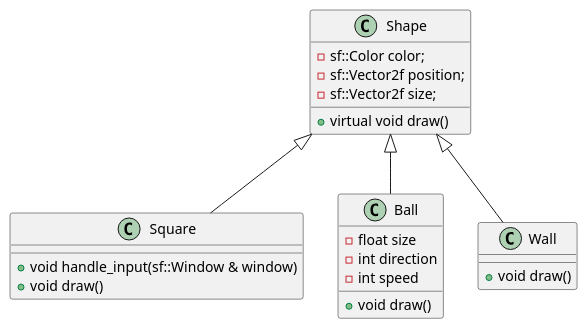
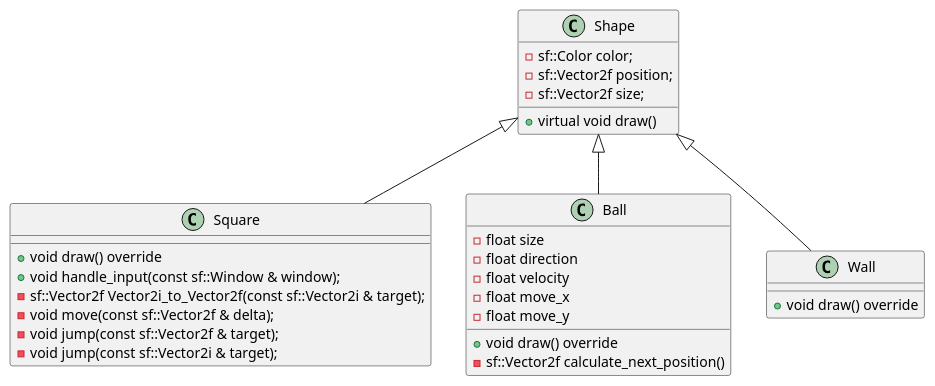
Before and after one commit to ramonvermeulen/cplusplus: the diagram in week1/diagram.plantuml, drawn with PlantUML. The commit also changed 10 other files, not shown here.

```diff
--- a/week1/diagram.plantuml
+++ b/week1/diagram.plantuml
@@ -1,30 +1,37 @@
-@startuml
+@startuml walls_and_bouncing
 
 class Shape {
   - sf::Color color;
   - sf::Vector2f position;
   - sf::Vector2f size;
   + virtual void draw()
 }
 
 class Square {
-  + void handle_input(sf::Window & window)
-  + void draw()
+  + void draw() override
+  + void handle_input(const sf::Window & window);
+  - sf::Vector2f Vector2i_to_Vector2f(const sf::Vector2i & target);
+  - void move(const sf::Vector2f & delta);
+  - void jump(const sf::Vector2f & target);
+  - void jump(const sf::Vector2i & target);
 }
 
 class Ball {
   - float size
-  - int direction
-  - int speed
-  + void draw()
+  - float direction
+  - float velocity
+  - float move_x
+  - float move_y
+  + void draw() override
+  - sf::Vector2f calculate_next_position()
 }
 
 class Wall {
-  + void draw()
+  + void draw() override
 }
 
 Shape <|-- Square
 Shape <|-- Ball
 Shape <|-- Wall
 
 @enduml
```
